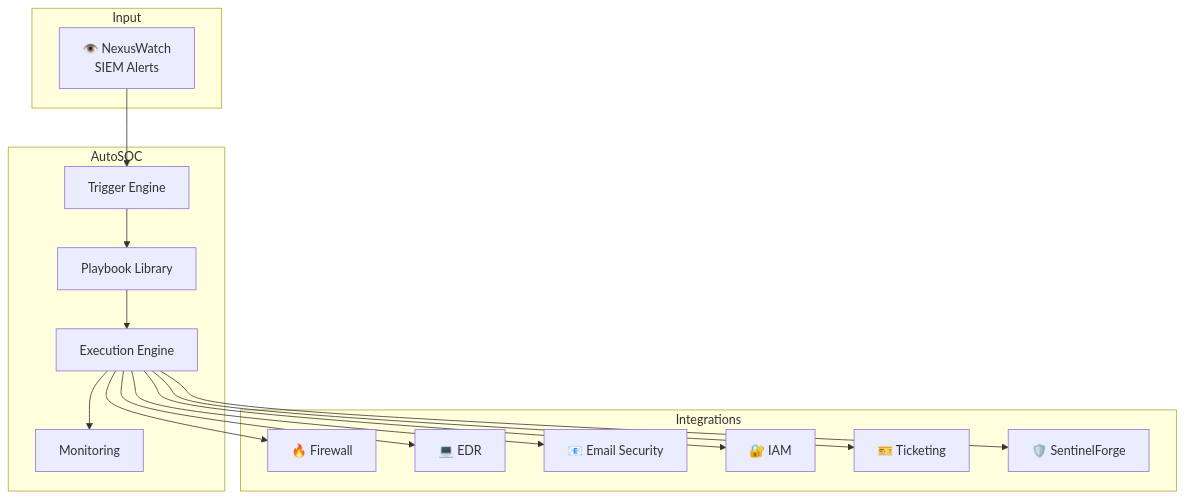
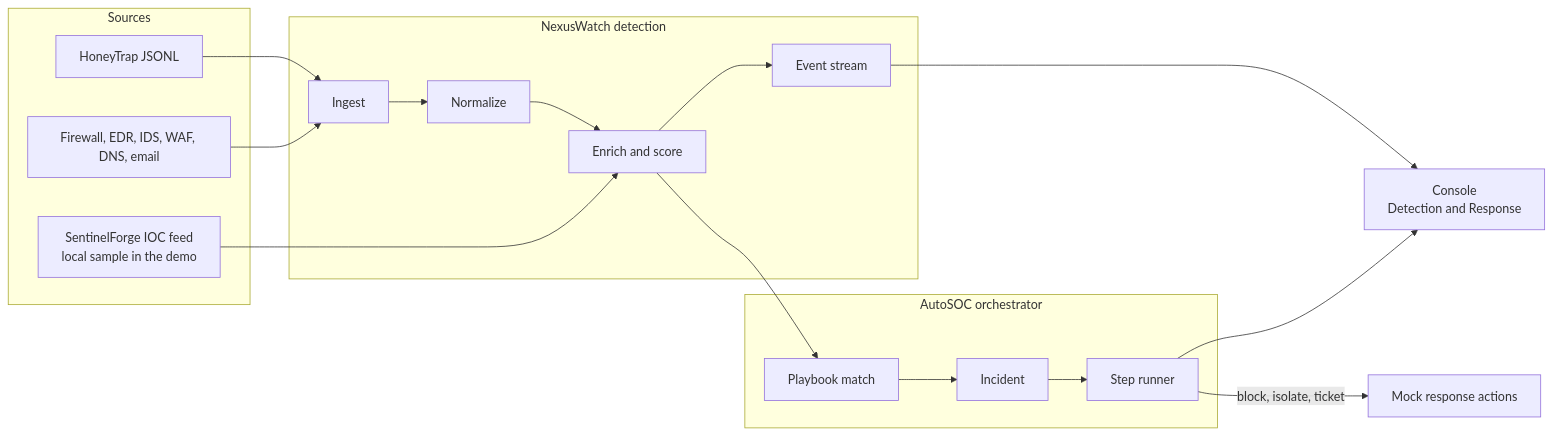
One commit to lloredia/AutoSOC changed the first of 2 diagrams in README.md. Above: the diagram before and after it, drawn with Mermaid. The commit also changed other lines of this file and 53 other files, not shown here.

First line of the commit message:
Consolidate NexusWatch detection into AutoSOC

````diff
--- a/README.md
+++ b/README.md
@@ -47,33 +31,31 @@
 ```mermaid
-graph TB
-    subgraph Input
-        NW[👁️ NexusWatch<br/>SIEM Alerts]
-    end
+flowchart LR
+  subgraph sources [Sources]
+    HT[HoneyTrap JSONL]
+    SIEM[Firewall, EDR, IDS, WAF, DNS, email]
+    IOC[SentinelForge IOC feed<br/>local sample in the demo]
+  end
 
-    subgraph AutoSOC
-        TRG[Trigger Engine]
-        PB[Playbook Library]
-        EXEC[Execution Engine]
-        MON[Monitoring]
-    end
+  subgraph detect [NexusWatch detection]
+    ING[Ingest]
+    NORM[Normalize]
+    ENR[Enrich and score]
+    STREAM[Event stream]
+  end
 
-    subgraph Integrations
-        FW[🔥 Firewall]
-        EDR[💻 EDR]
-        EMAIL[📧 Email Security]
-        IAM[🔐 IAM]
-        TICKET[🎫 Ticketing]
-        SF[🛡️ SentinelForge]
-    end
+  subgraph respond [AutoSOC orchestrator]
+    MATCH[Playbook match]
+    INC[Incident]
+    EXEC[Step runner]
+  end
 
-    NW --> TRG
-    TRG --> PB
-    PB --> EXEC
-    EXEC --> FW
-    EXEC --> EDR
-    EXEC --> EMAIL
-    EXEC --> IAM
-    EXEC --> TICKET
-    EXEC --> SF
-    EXEC --> MON
+  UI[Console<br/>Detection and Response]
+
+  HT --> ING
+  SIEM --> ING
+  ING --> NORM --> ENR
+  IOC --> ENR
+  ENR --> STREAM --> UI
+  ENR --> MATCH --> INC --> EXEC --> UI
+  EXEC -->|block, isolate, ticket| ACT[Mock response actions]
 ```
````
